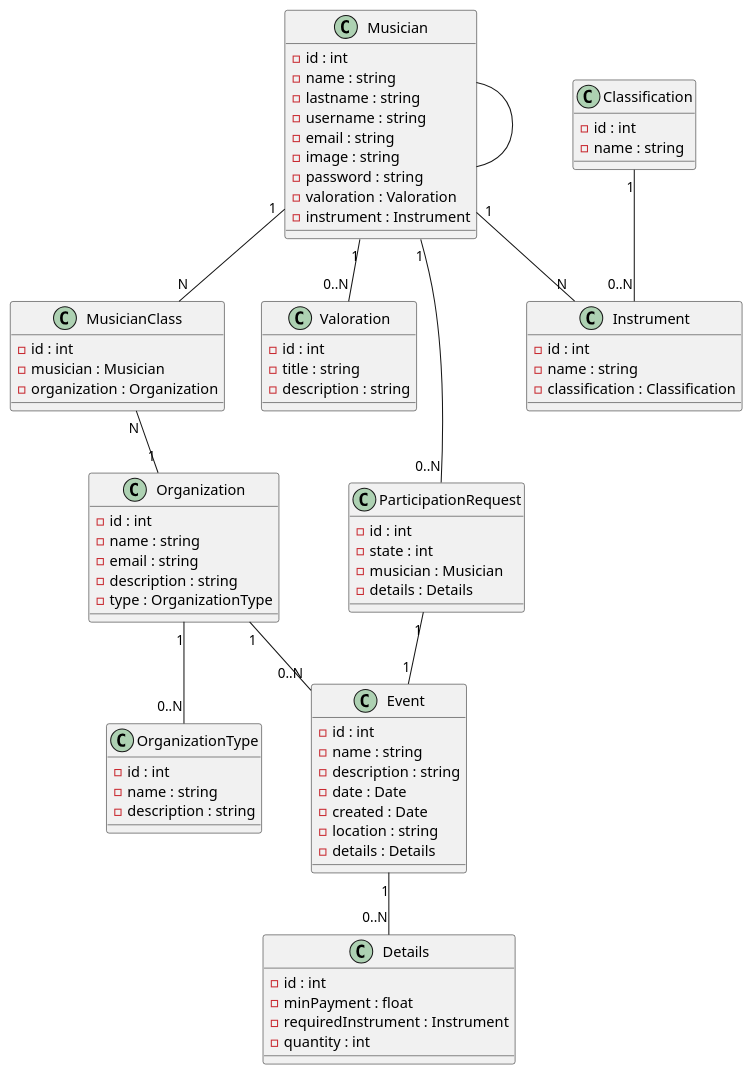
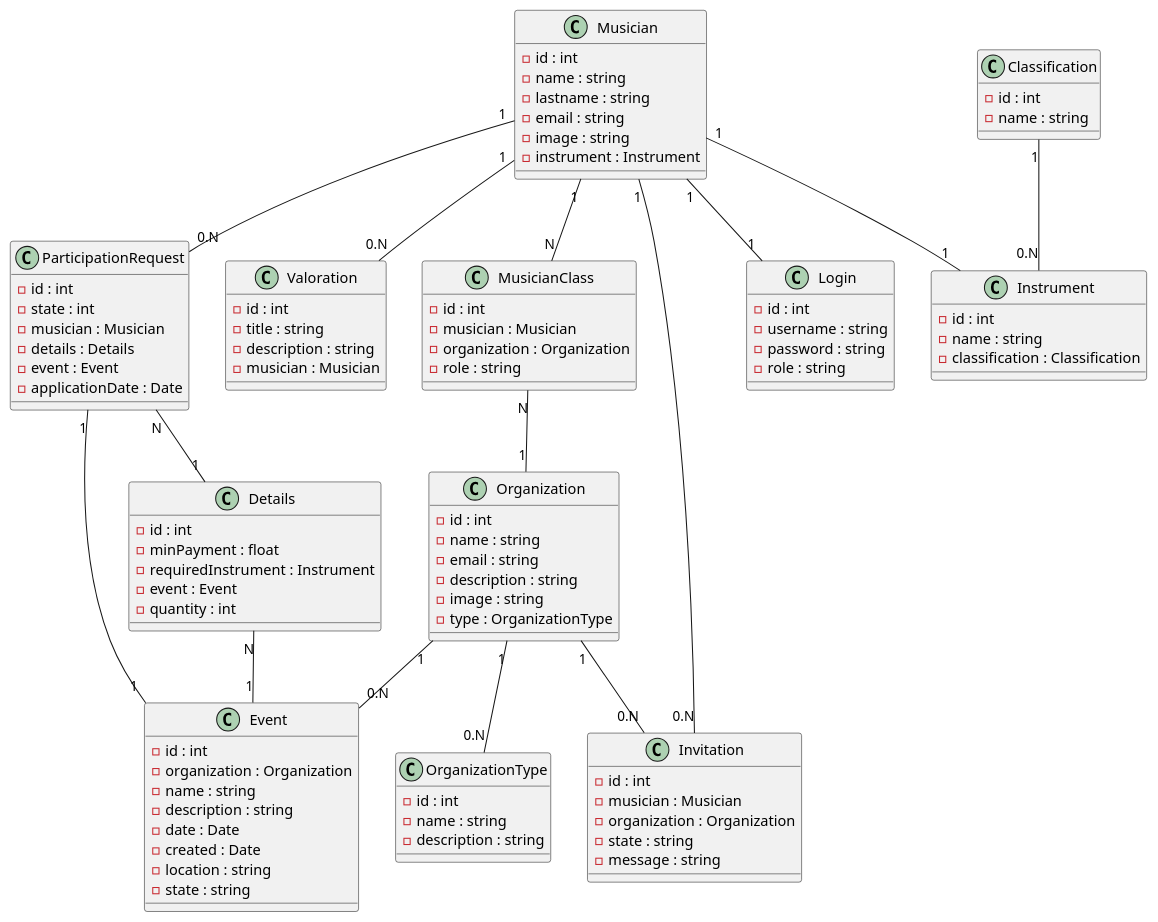
The diagram in docs/diagrama de classes.puml (Josep02/BandBridge), drawn with PlantUML before and after one commit. The commit also changed 1 other file, not shown here.

Commit message:
Diagrams updated

```diff
--- a/docs/diagrama de classes.puml
+++ b/docs/diagrama de classes.puml
@@ -1,92 +1,117 @@
 @startuml
+
+class Login {
+    - id : int
+    - username : string
+    - password : string
+    - role : string
+}
+
 class Musician {
     - id : int
     - name : string
     - lastname : string
-    - username : string
     - email : string
     - image : string
-    - password : string
-    - valoration : Valoration
     - instrument : Instrument
 }
 
 class MusicianClass {
     - id : int
     - musician : Musician
     - organization : Organization
+    - role : string
 }
 
 class Organization {
     - id : int
     - name : string
     - email : string
     - description : string
+    - image : string
     - type : OrganizationType
 }
 
 class OrganizationType {
     - id : int
     - name : string
     - description : string
 }
 
 class Valoration {
     - id : int
     - title : string
     - description : string
+    - musician : Musician
 }
 
 class Event {
     - id : int
+    - organization : Organization
     - name : string
     - description : string
     - date : Date
     - created : Date
     - location : string
-    - details : Details
+    - state : string
 }
 
 class Details {
     - id : int
     - minPayment : float
     - requiredInstrument : Instrument
+    - event : Event
     - quantity : int
 }
 
 class Classification {
     - id : int
     - name : string
 }
 
 class Instrument {
     - id : int
     - name : string
     - classification : Classification
 }
 
 class ParticipationRequest {
     - id : int
     - state : int
     - musician : Musician
     - details : Details
+    - event : Event
+    - applicationDate : Date
 }
 
-Musician -- Musician
-Musician "1" -- "0..N" Valoration
-Musician "1" -- "N" Instrument
+class Invitation {
+    - id : int
+    - musician : Musician
+    - organization : Organization
+    - state : string
+    - message : string
+}
+
+Musician "1" -- "1" Login
+
+Musician "1" -- "0.N" Valoration
+Musician "1" -- "1" Instrument
 Musician "1" -- "N" MusicianClass
-Musician "1" -- "0..N" ParticipationRequest
+Musician "1" -- "0.N" ParticipationRequest
 
 ParticipationRequest "1" -- "1" Event
+ParticipationRequest "N" -- "1" Details
 
 MusicianClass "N" -- "1" Organization
 
-Organization "1" -- "0..N" OrganizationType
-Organization "1" -- "0..N" Event
+Organization "1" -- "0.N" OrganizationType
+Organization "1" -- "0.N" Event
+Organization "1" -- "0.N" Invitation
 
-Classification "1" -- "0..N" Instrument
+Invitation "0.N" -- "1" Musician
 
-Event "1" -- "0..N" Details
+Classification "1" -- "0.N" Instrument
+
+Details "N" -- "1" Event
 
 @enduml
```
